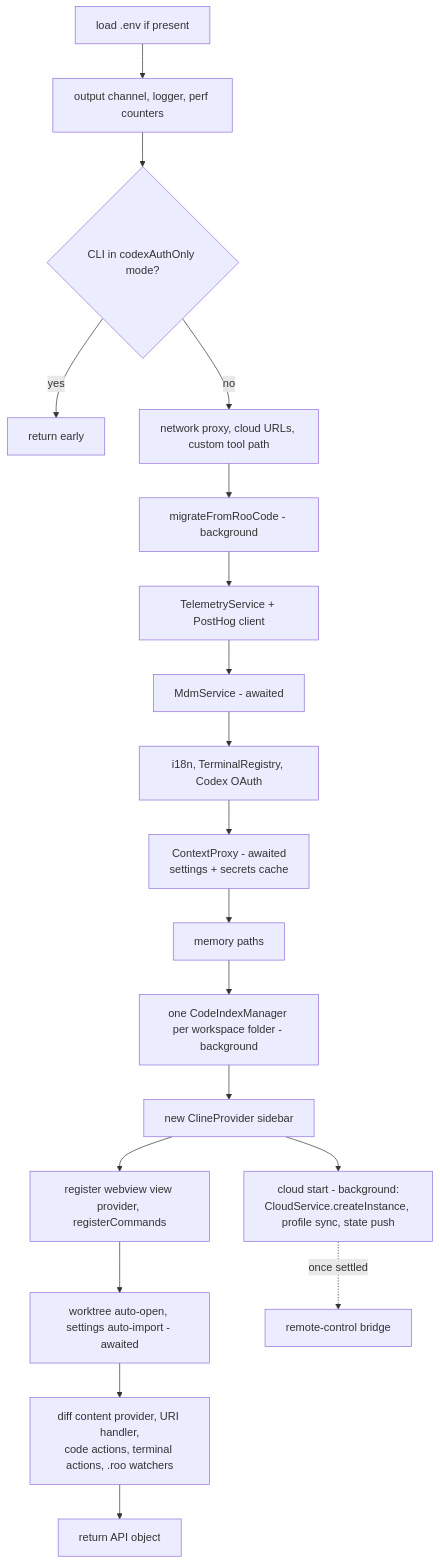
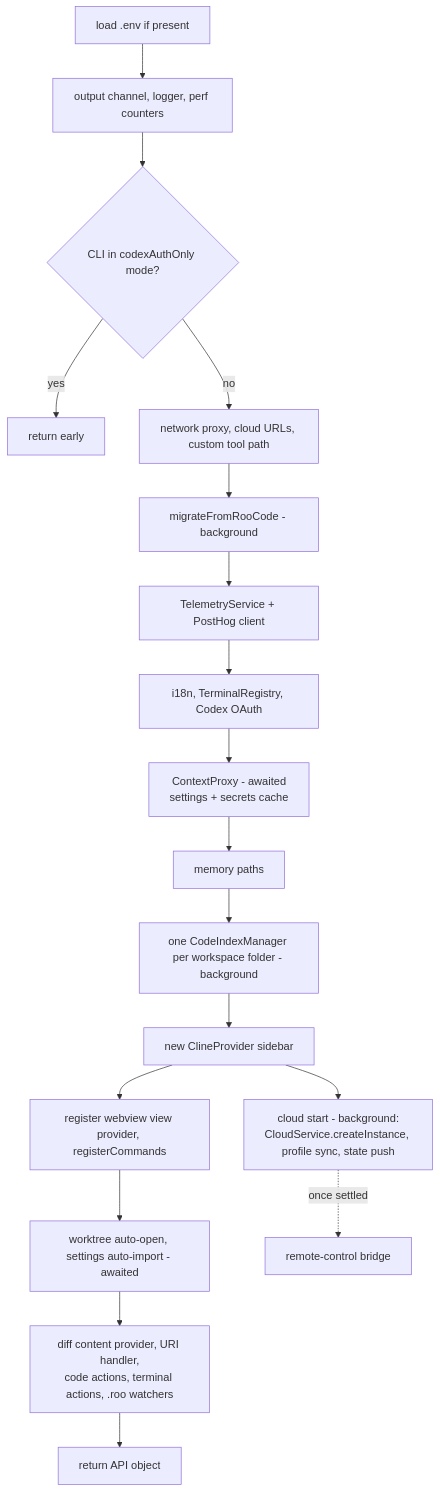
Before and after one commit to krzychdre/Tumble-Code: the first of 3 diagrams in docs/02-extension-host.md, drawn with Mermaid. The commit also changed other lines of this file and 43 other files, not shown here.

First line of the commit message:
chore(core): remove the MDM service and its forced cloud login (#709)

````diff
--- a/docs/02-extension-host.md
+++ b/docs/02-extension-host.md
@@ -11,21 +11,20 @@
 ```mermaid
 flowchart TD
   A[load .env if present] --> B[output channel, logger, perf counters]
   B --> C{CLI in codexAuthOnly mode?}
   C -- yes --> Z[return early]
   C -- no --> D[network proxy, cloud URLs, custom tool path]
   D --> E[migrateFromRooCode - background]
   E --> F[TelemetryService + PostHog client]
-  F --> G[MdmService - awaited]
-  G --> H[i18n, TerminalRegistry, Codex OAuth]
+  F --> H[i18n, TerminalRegistry, Codex OAuth]
   H --> I[ContextProxy - awaited<br/>settings + secrets cache]
   I --> J[memory paths]
   J --> K[one CodeIndexManager per workspace folder - background]
   K --> L[new ClineProvider sidebar]
   L --> M[cloud start - background:<br/>CloudService.createInstance, profile sync, state push]
   L --> N[register webview view provider, registerCommands]
   N --> O[worktree auto-open, settings auto-import - awaited]
   O --> P[diff content provider, URI handler,<br/>code actions, terminal actions, .roo watchers]
   P --> Q[return API object]
   M -. once settled .-> R[remote-control bridge]
 ```
````
